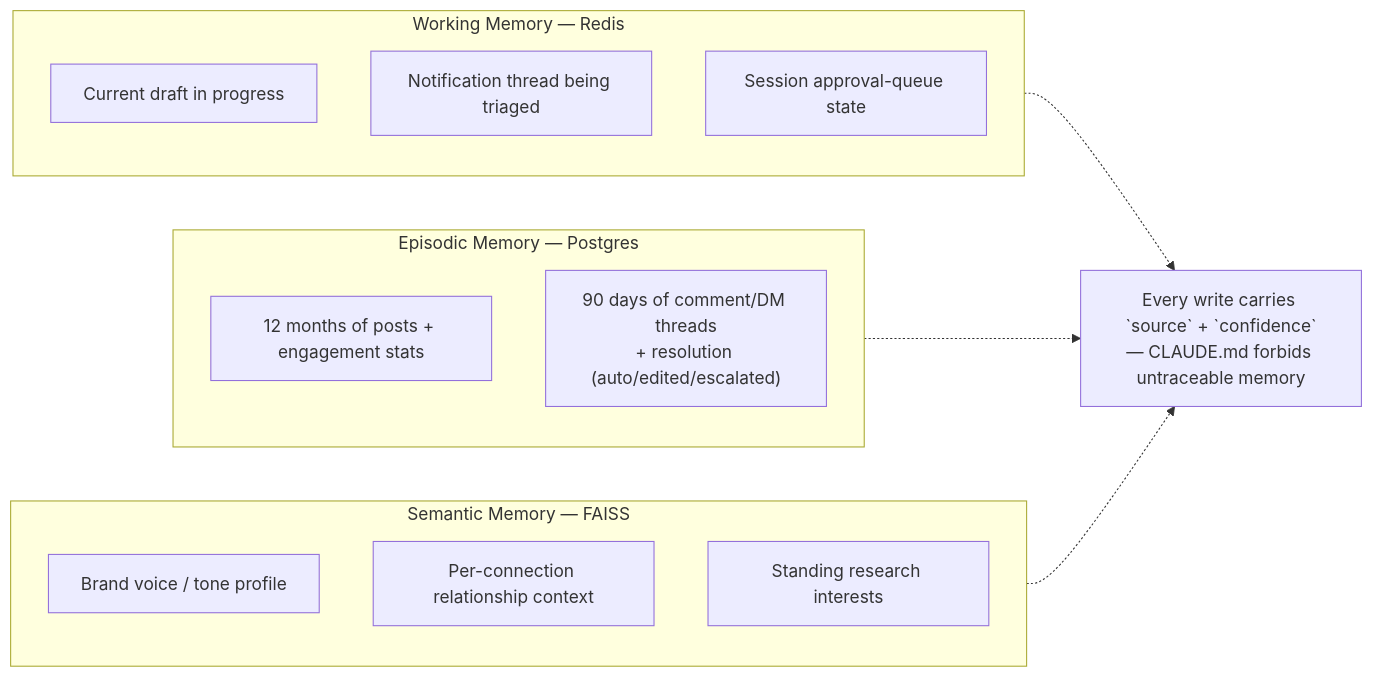
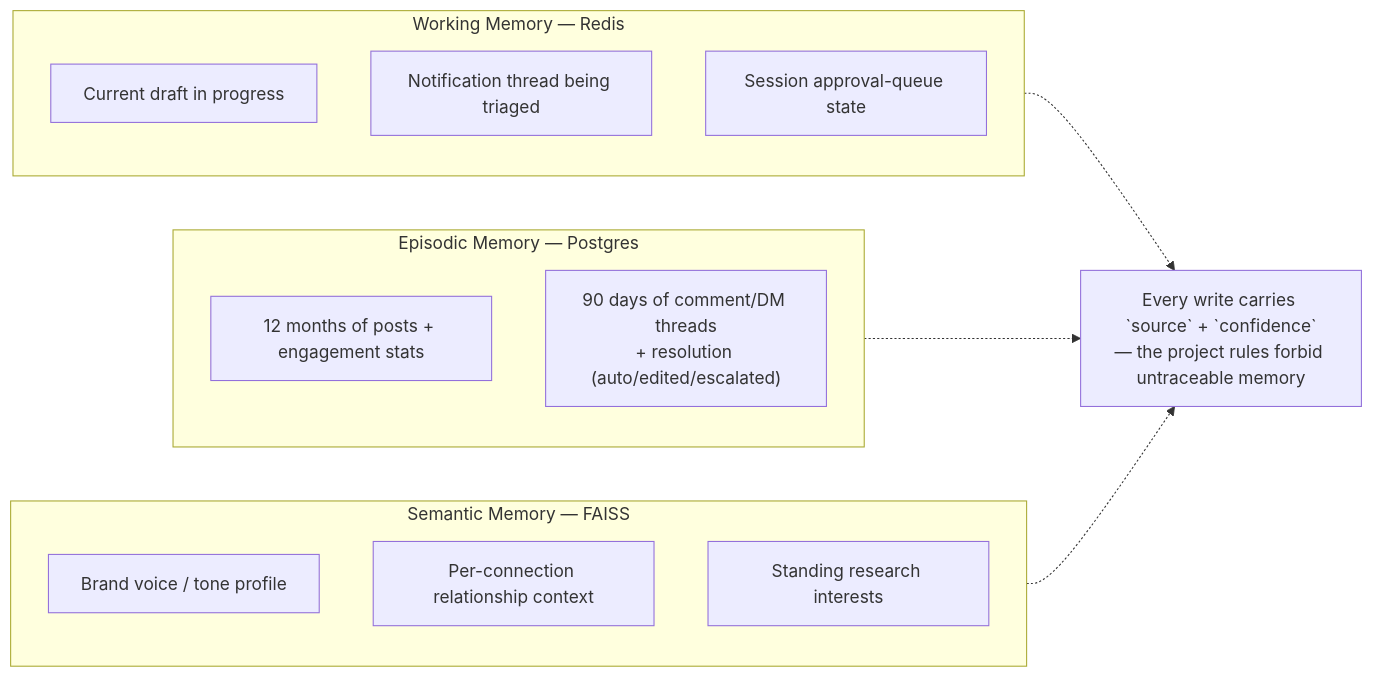
One commit to codaswin/AI_LinkedIn_manager changed the fourth of 10 diagrams in README.md. Above: the diagram before and after it, drawn with Mermaid. The commit also changed other lines of this file and 89 other files, not shown here.

````diff
--- a/README.md
+++ b/README.md
@@ -351,21 +349,21 @@
 ```mermaid
 flowchart LR
     subgraph Working["Working Memory — Redis"]
         W1["Current draft in progress"]
         W2["Notification thread being triaged"]
         W3["Session approval-queue state"]
     end
     subgraph Episodic["Episodic Memory — Postgres"]
         E1["12 months of posts + engagement stats"]
         E2["90 days of comment/DM threads<br/>+ resolution (auto/edited/escalated)"]
     end
     subgraph Semantic["Semantic Memory — FAISS"]
         S1["Brand voice / tone profile"]
         S2["Per-connection relationship context"]
         S3["Standing research interests"]
     end
-    Note["Every write carries `source` + `confidence`<br/>— CLAUDE.md forbids untraceable memory"]
+    Note["Every write carries `source` + `confidence`<br/>— the project rules forbid untraceable memory"]
     Working -.-> Note
     Episodic -.-> Note
     Semantic -.-> Note
 ```
````
